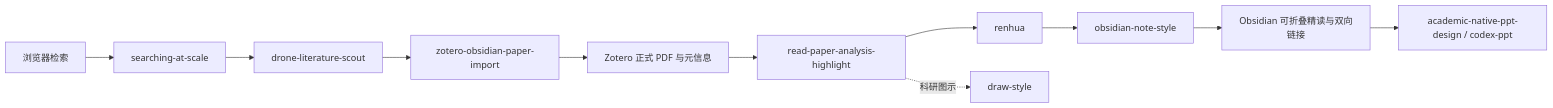
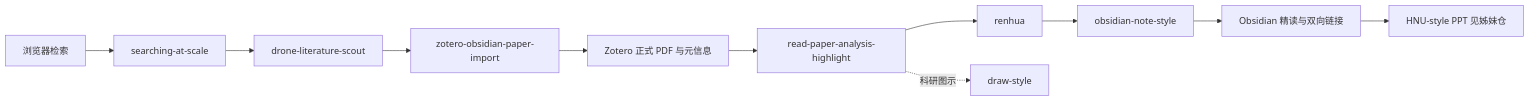
The diagram in README.md (w5711112/Unified-Scholarflow-Skills), drawn with Mermaid before and after one commit. The commit also changed other lines of this file and 278 other files, not shown here.

````diff
--- a/README.md
+++ b/README.md
@@ -71,13 +178,13 @@
 ```mermaid
 flowchart LR
-    A[浏览器检索] --> B[searching-at-scale]
-    B --> C[drone-literature-scout]
-    C --> D[zotero-obsidian-paper-import]
-    D --> E[Zotero 正式 PDF 与元信息]
-    E --> F[read-paper-analysis-highlight]
-    F --> G[renhua]
-    G --> H[obsidian-note-style]
-    H --> I[Obsidian 可折叠精读与双向链接]
-    I --> J[academic-native-ppt-design / codex-ppt]
-    F -. 科研图示 .-> K[draw-style]
+A[浏览器检索] --> B[searching-at-scale]
+B --> C[drone-literature-scout]
+C --> D[zotero-obsidian-paper-import]
+D --> E[Zotero 正式 PDF 与元信息]
+E --> F[read-paper-analysis-highlight]
+F --> G[renhua]
+G --> H[obsidian-note-style]
+H --> I[Obsidian 精读与双向链接]
+I --> J[HNU-style PPT 见姊妹仓]
+F -. 科研图示 .-> K[draw-style]
 ```
````
